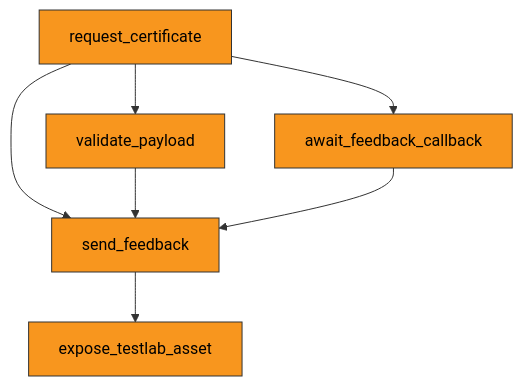
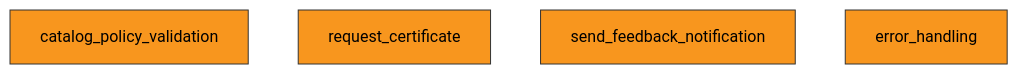
Before and after one commit to eclipse-tractusx/tractusx-testlab: the diagram in docs/tutorials/ccm-conformity-testing.md, drawn with Mermaid. The commit also changed other lines of this file and 103 other files, not shown here.

````diff
--- a/docs/tutorials/ccm-conformity-testing.md
+++ b/docs/tutorials/ccm-conformity-testing.md
@@ -52,16 +51,13 @@
 ```mermaid
 flowchart TD
-    A[request_certificate] --> B[validate_payload]
-    A --> C[await_feedback_callback]
-    A --> D[send_feedback]
-    B --> D
-    C --> D
-    D --> E[expose_testlab_asset]
+    A[catalog_policy_validation]
+    B[request_certificate]
+    C[send_feedback_notification]
+    D[error_handling]
 
     A:::step
     B:::step
     C:::step
     D:::step
-    E:::step
     classDef step fill:#f8961e,stroke:#333,color:#000
 ```
````
